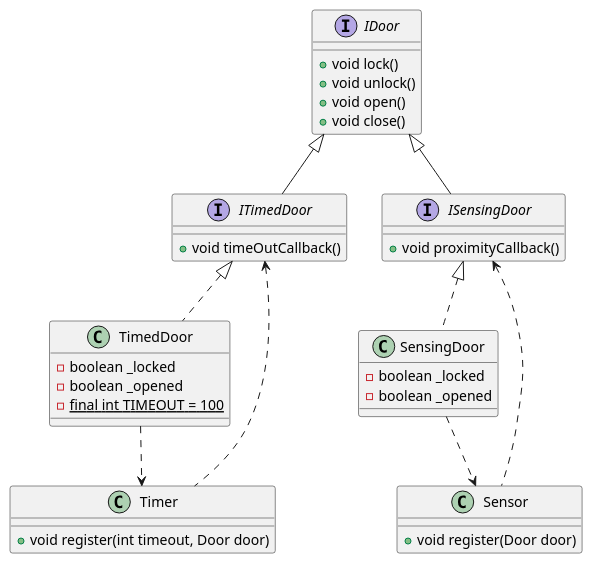
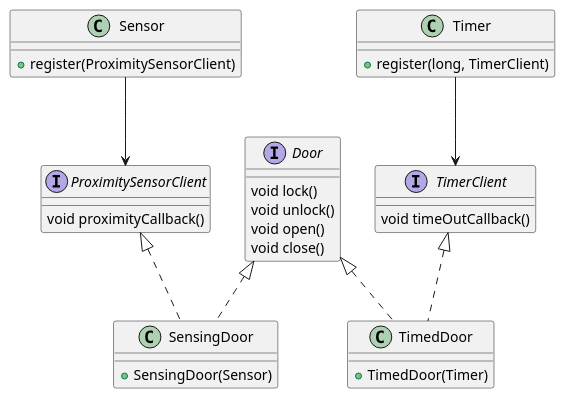
Before and after one commit to azizmass/SOLID: the diagram in ISP/src/com/directi/training/isp/refactoruml.puml, drawn with PlantUML. The commit also changed 36 other files, not shown here.

```diff
--- a/ISP/src/com/directi/training/isp/refactoruml.puml
+++ b/ISP/src/com/directi/training/isp/refactoruml.puml
@@ -1,47 +1,39 @@
 @startuml
-
-interface IDoor {
-    +void lock()
-    +void unlock()
-    +void open()
-    +void close()
+interface Door {
+    void lock()
+    void unlock()
+    void open()
+    void close()
 }
 
-interface ITimedDoor extends IDoor {
-    +void timeOutCallback()
+interface TimerClient {
+    void timeOutCallback()
 }
 
-interface ISensingDoor extends IDoor {
-    +void proximityCallback()
+interface ProximitySensorClient {
+    void proximityCallback()
 }
 
-class TimedDoor implements ITimedDoor {
-    -boolean _locked
-    -boolean _opened
-    -{static} final int TIMEOUT = 100
+class SensingDoor {
+    +SensingDoor(Sensor)
 }
 
-class SensingDoor implements ISensingDoor {
-    -boolean _locked
-    -boolean _opened
+class TimedDoor {
+    +TimedDoor(Timer)
+}
+
+class Sensor {
+    +register(ProximitySensorClient)
 }
 
 class Timer {
-    +void register(int timeout, Door door)
+    +register(long, TimerClient)
 }
 
-class Sensor {
-    +void register(Door door)
-}
-
-
-ISensingDoor <.. Sensor
-ITimedDoor <.. Timer
-
-TimedDoor ..> Timer
-SensingDoor ..> Sensor
-
-
-
-
+SensingDoor .up.|> Door
+SensingDoor .up.|> ProximitySensorClient
+TimedDoor .up.|> Door
+TimedDoor .up.|> TimerClient
+Sensor --> ProximitySensorClient
+Timer --> TimerClient
 @enduml
```
